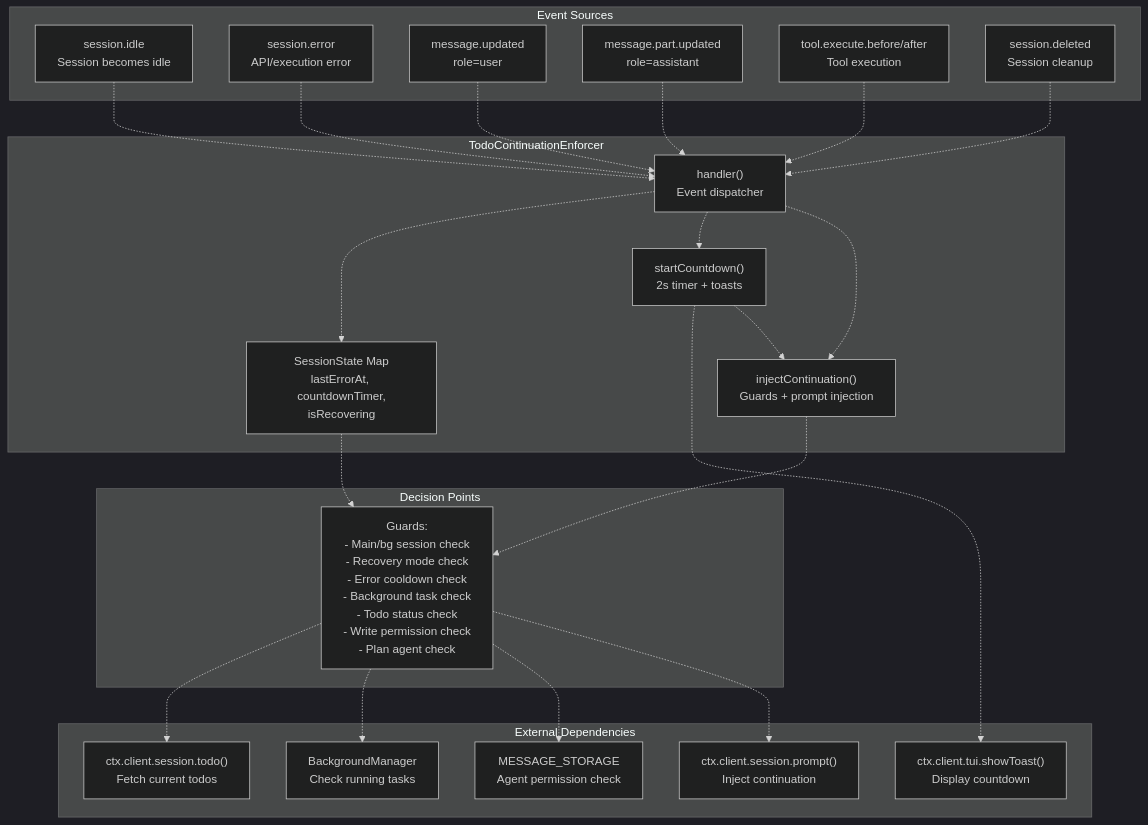
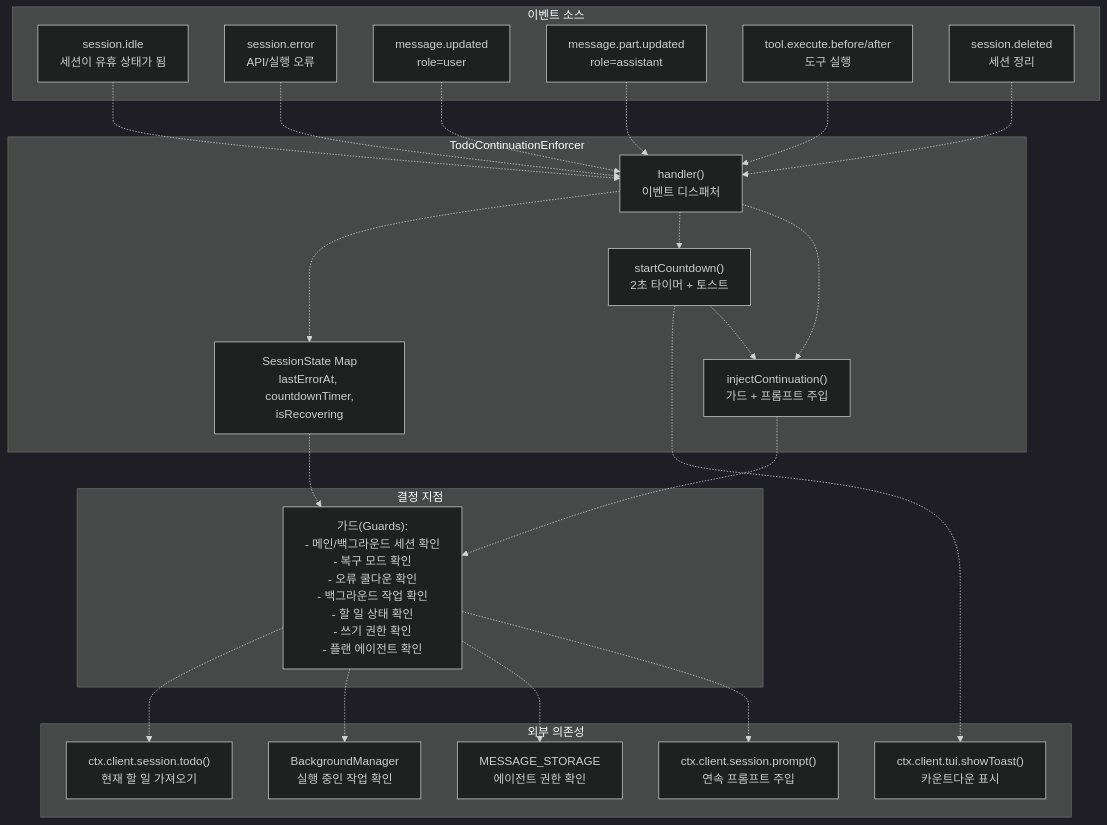
One commit to felipetruman/oh-my-opencode-docs changed the first of 7 diagrams in docs/reliability/todo-continuation-enforcer.md. Above: the diagram before and after it, drawn with Mermaid (dark theme). The commit also changed other lines of this file and 76 other files, not shown here.

````diff
--- a/docs/reliability/todo-continuation-enforcer.md
+++ b/docs/reliability/todo-continuation-enforcer.md
@@ -30,66 +30,66 @@
 ```mermaid
 flowchart TD
 
-IdleEvent["session.idle<br>Session becomes idle"]
-ErrorEvent["session.error<br>API/execution error"]
+IdleEvent["session.idle<br>세션이 유휴 상태가 됨"]
+ErrorEvent["session.error<br>API/실행 오류"]
 UserMsg["message.updated<br>role=user"]
 AssistantMsg["message.part.updated<br>role=assistant"]
-ToolEvent["tool.execute.before/after<br>Tool execution"]
-DeleteEvent["session.deleted<br>Session cleanup"]
-Handler["handler()<br>Event dispatcher"]
+ToolEvent["tool.execute.before/after<br>도구 실행"]
+DeleteEvent["session.deleted<br>세션 정리"]
+Handler["handler()<br>이벤트 디스패처"]
 StateManager["SessionState Map<br>lastErrorAt, countdownTimer,<br>isRecovering"]
-CountdownMgr["startCountdown()<br>2s timer + toasts"]
-InjectionLogic["injectContinuation()<br>Guards + prompt injection"]
-TodoAPI["ctx.client.session.todo()<br>Fetch current todos"]
-PromptAPI["ctx.client.session.prompt()<br>Inject continuation"]
-ToastAPI["ctx.client.tui.showToast()<br>Display countdown"]
-BgManager["BackgroundManager<br>Check running tasks"]
-MessageStorage["MESSAGE_STORAGE<br>Agent permission check"]
-Guards["Guards:<br>- Main/bg session check<br>- Recovery mode check<br>- Error cooldown check<br>- Background task check<br>- Todo status check<br>- Write permission check<br>- Plan agent check"]
+CountdownMgr["startCountdown()<br>2초 타이머 + 토스트"]
+InjectionLogic["injectContinuation()<br>가드 + 프롬프트 주입"]
+TodoAPI["ctx.client.session.todo()<br>현재 할 일 가져오기"]
+PromptAPI["ctx.client.session.prompt()<br>연속 프롬프트 주입"]
+ToastAPI["ctx.client.tui.showToast()<br>카운트다운 표시"]
+BgManager["BackgroundManager<br>실행 중인 작업 확인"]
+MessageStorage["MESSAGE_STORAGE<br>에이전트 권한 확인"]
+Guards["가드(Guards):<br>- 메인/백그라운드 세션 확인<br>- 복구 모드 확인<br>- 오류 쿨다운 확인<br>- 백그라운드 작업 확인<br>- 할 일 상태 확인<br>- 쓰기 권한 확인<br>- 플랜 에이전트 확인"]
 
 IdleEvent -.-> Handler
 ErrorEvent -.-> Handler
 UserMsg -.-> Handler
 AssistantMsg -.-> Handler
 ToolEvent -.-> Handler
 DeleteEvent -.-> Handler
 StateManager -.-> Guards
 CountdownMgr -.-> ToastAPI
 InjectionLogic -.-> Guards
 Guards -.-> TodoAPI
 Guards -.-> BgManager
 Guards -.-> MessageStorage
 Guards -.-> PromptAPI
 
-subgraph subGraph3 ["Decision Points"]
+subgraph subGraph3 ["결정 지점"]
     Guards
 end
 
-subgraph subGraph2 ["External Dependencies"]
+subgraph subGraph2 ["외부 의존성"]
     TodoAPI
     PromptAPI
     ToastAPI
     BgManager
     MessageStorage
 end
 
 subgraph TodoContinuationEnforcer ["TodoContinuationEnforcer"]
     Handler
     StateManager
     CountdownMgr
     InjectionLogic
     Handler -.-> StateManager
     Handler -.-> CountdownMgr
     Handler -.-> InjectionLogic
     CountdownMgr -.-> InjectionLogic
 end
 
-subgraph subGraph0 ["Event Sources"]
+subgraph subGraph0 ["이벤트 소스"]
     IdleEvent
     ErrorEvent
     UserMsg
     AssistantMsg
     ToolEvent
     DeleteEvent
 end
 ```
````
